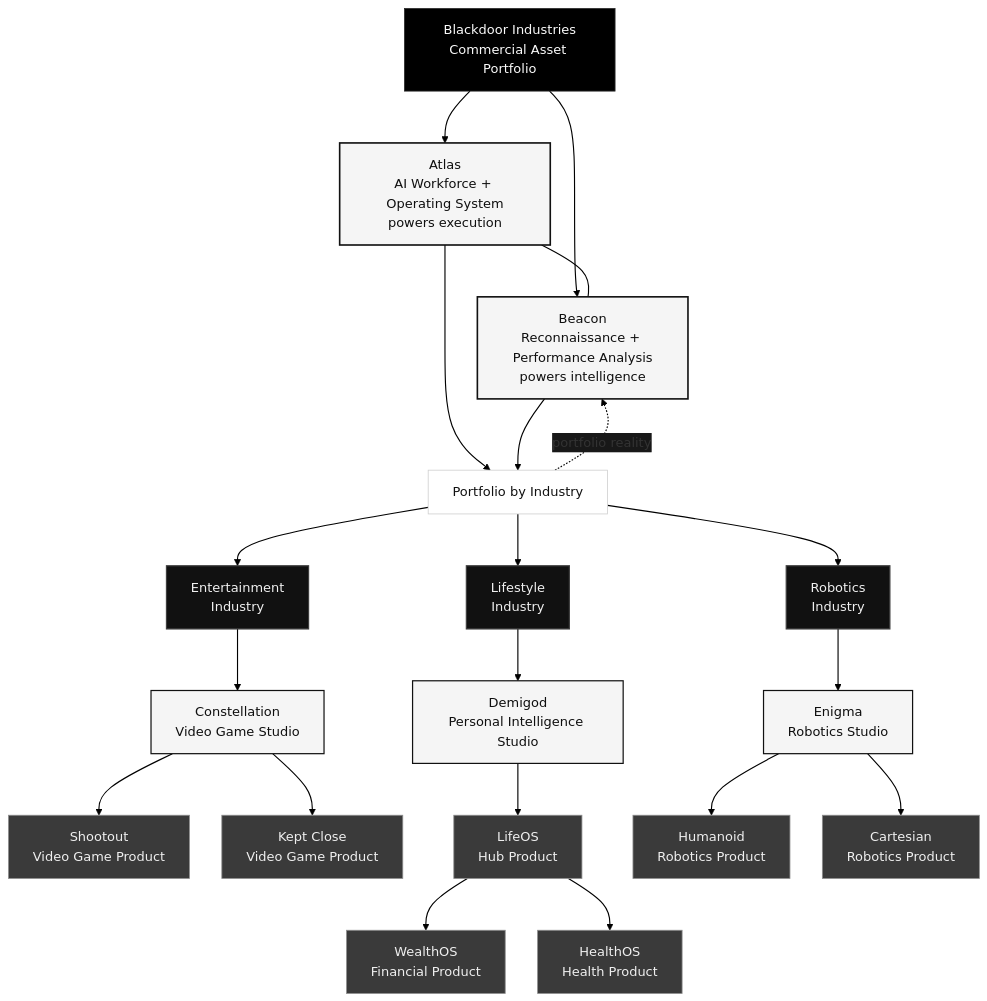
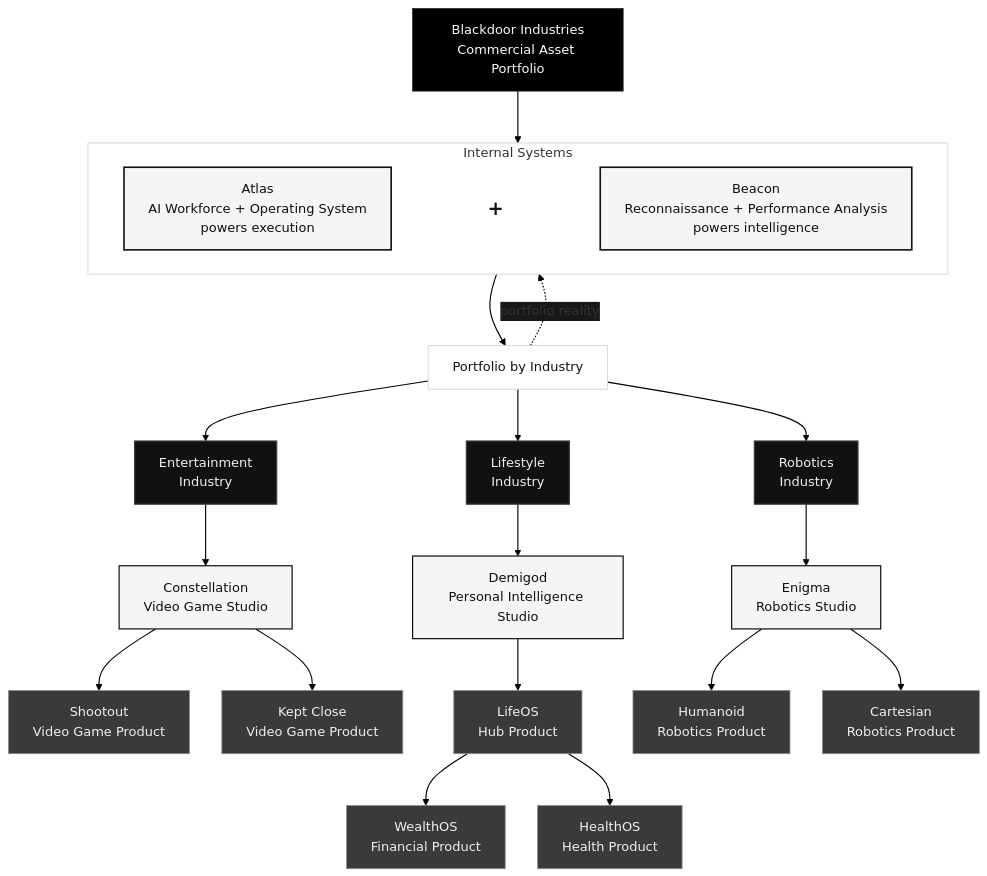
The first of 2 diagrams in profile/README.md (Blackdoor-Industries/.github), drawn with Mermaid before and after one commit.

Commit message:
docs: refine org profile Mermaid layout

````diff
--- a/profile/README.md
+++ b/profile/README.md
@@ -33,66 +33,73 @@
 ```mermaid
 %%{init: {
   "theme": "base",
   "flowchart": {
     "curve": "basis",
     "nodeSpacing": 40,
     "rankSpacing": 64
   },
   "themeVariables": {
     "fontFamily": "Helvetica, Arial, sans-serif",
     "lineColor": "#000000",
     "textColor": "#eaeaea",
     "primaryColor": "#181818",
     "primaryBorderColor": "#454545",
     "tertiaryColor": "#121212",
     "background": "#ffffff"
   }
 }}%%
 flowchart TB
     BD["Blackdoor Industries<br/>Commercial Asset Portfolio"]:::holding
-    ATLAS["Atlas<br/>AI Workforce + Operating System<br/>powers execution"]:::system
-    BEACON["Beacon<br/>Reconnaissance + Performance Analysis<br/>powers intelligence"]:::system
+
+    subgraph INTERNAL["Internal Systems"]
+        direction LR
+        ATLAS["Atlas<br/>AI&nbsp;Workforce&nbsp;+&nbsp;Operating&nbsp;System<br/>powers execution"]:::system
+        PLUS["<b>+</b>"]:::plus
+        BEACON["Beacon<br/>Reconnaissance&nbsp;+&nbsp;Performance&nbsp;Analysis<br/>powers intelligence"]:::system
+        ATLAS ~~~ PLUS ~~~ BEACON
+    end
+
     PORT["Portfolio by Industry"]:::layer
     ENT["Entertainment<br/>Industry"]:::industry
     LIFEIND["Lifestyle<br/>Industry"]:::industry
     ROBOTICS["Robotics<br/>Industry"]:::industry
     CONST["Constellation<br/>Video Game Studio"]:::brand
     DEMI["Demigod<br/>Personal Intelligence Studio"]:::brand
     ENIGMA["Enigma<br/>Robotics Studio"]:::brand
     SHOOT["Shootout<br/>Video Game Product"]:::product
     KEPT["Kept Close<br/>Video Game Product"]:::product
     LIFE["LifeOS<br/>Hub Product"]:::product
     WEALTH["WealthOS<br/>Financial Product"]:::product
     HEALTH["HealthOS<br/>Health Product"]:::product
     HUMANOID["Humanoid<br/>Robotics Product"]:::product
     CARTESIAN["Cartesian<br/>Robotics Product"]:::product
 
-    BD --> ATLAS
-    BD --> BEACON
-    ATLAS --- BEACON
-    ATLAS --> PORT
-    BEACON --> PORT
-    PORT -. "portfolio reality" .-> BEACON
+    BD --> INTERNAL
+    INTERNAL --> PORT
+    PORT -. "portfolio reality" .-> INTERNAL
     PORT --> ENT
     PORT --> LIFEIND
     PORT --> ROBOTICS
     ENT --> CONST
     LIFEIND --> DEMI
     ROBOTICS --> ENIGMA
     CONST --> SHOOT
     CONST --> KEPT
     DEMI --> LIFE
     LIFE --> WEALTH
     LIFE --> HEALTH
     ENIGMA --> HUMANOID
     ENIGMA --> CARTESIAN
 
     classDef holding fill:#000000,stroke:#2a2a2a,stroke-width:1px,color:#fafafa
     classDef system fill:#f5f5f5,stroke:#111111,stroke-width:2px,color:#0f0f0f
+    classDef plus fill:#ffffff,stroke:#ffffff,color:#111111,font-weight:700,font-size:24px
     classDef layer fill:#ffffff,stroke:#cfcfcf,stroke-width:1px,color:#111111
     classDef industry fill:#111111,stroke:#3f3f3f,stroke-width:1.5px,color:#f0f0f0
     classDef brand fill:#f5f5f5,stroke:#111111,stroke-width:1.5px,color:#0f0f0f
     classDef product fill:#3a3a3a,stroke:#8d8d8d,stroke-width:1px,color:#efefef
 
+    style INTERNAL fill:#ffffff,stroke:#cfcfcf,stroke-width:1px,color:#333333
     linkStyle default stroke:#000000,stroke-width:1.4px
+    linkStyle 0,1 stroke:#ffffff,stroke-width:0px
 ```
````
